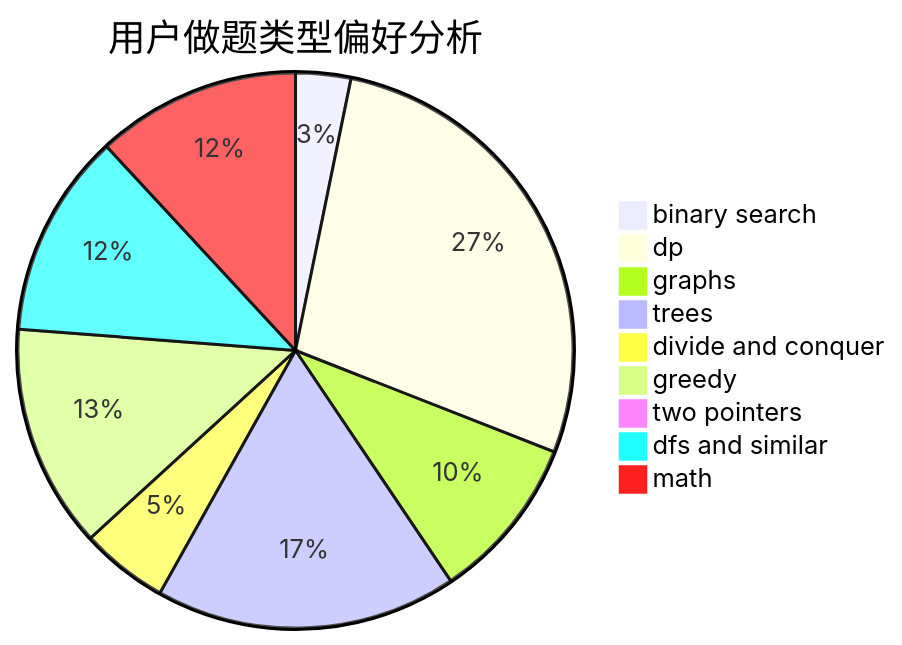
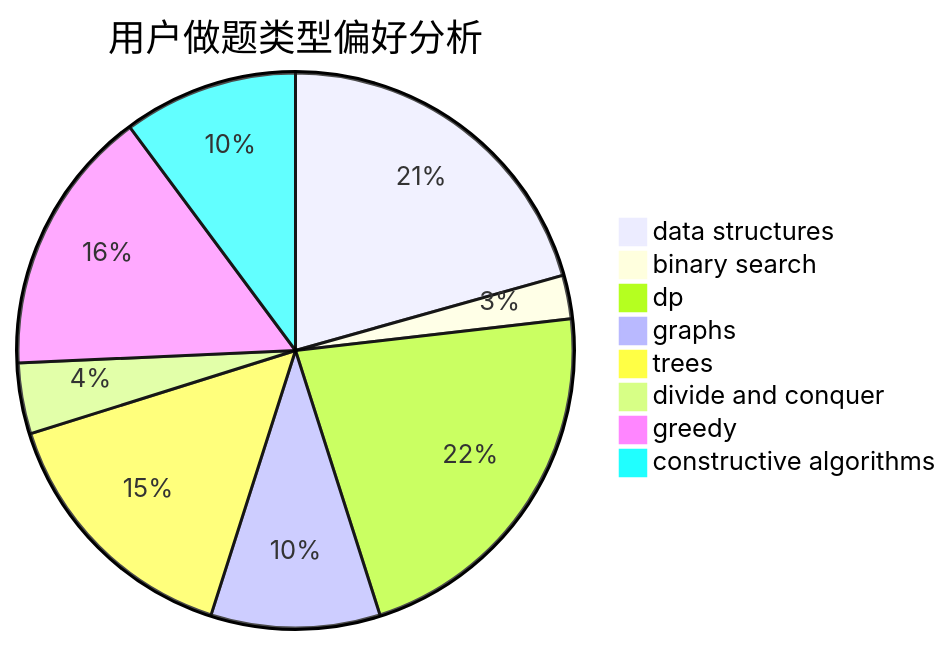
The second of 3 diagrams in docs/user/u2584.md (sherpahu/cfrs.github.io), drawn with Mermaid before and after one commit. The commit also changed other lines of this file and 2775 other files, not shown here.

````diff
--- a/docs/user/u2584.md
+++ b/docs/user/u2584.md
@@ -23,12 +23,11 @@
 ```mermaid
 pie title 用户做题类型偏好分析
-    "binary search" :  17
-    "dp" :  147
-    "graphs" :  51
-    "trees" :  93
-    "divide and conquer" :  27
-    "greedy" :  69
-    "two pointers" :  5
-    "dfs and similar" :  63
-    "math" :  63
+    "data structures" :  65
+    "binary search" :  8
+    "dp" :  69
+    "graphs" :  31
+    "trees" :  48
+    "divide and conquer" :  13
+    "greedy" :  49
+    "constructive algorithms" :  32
 ```
````
